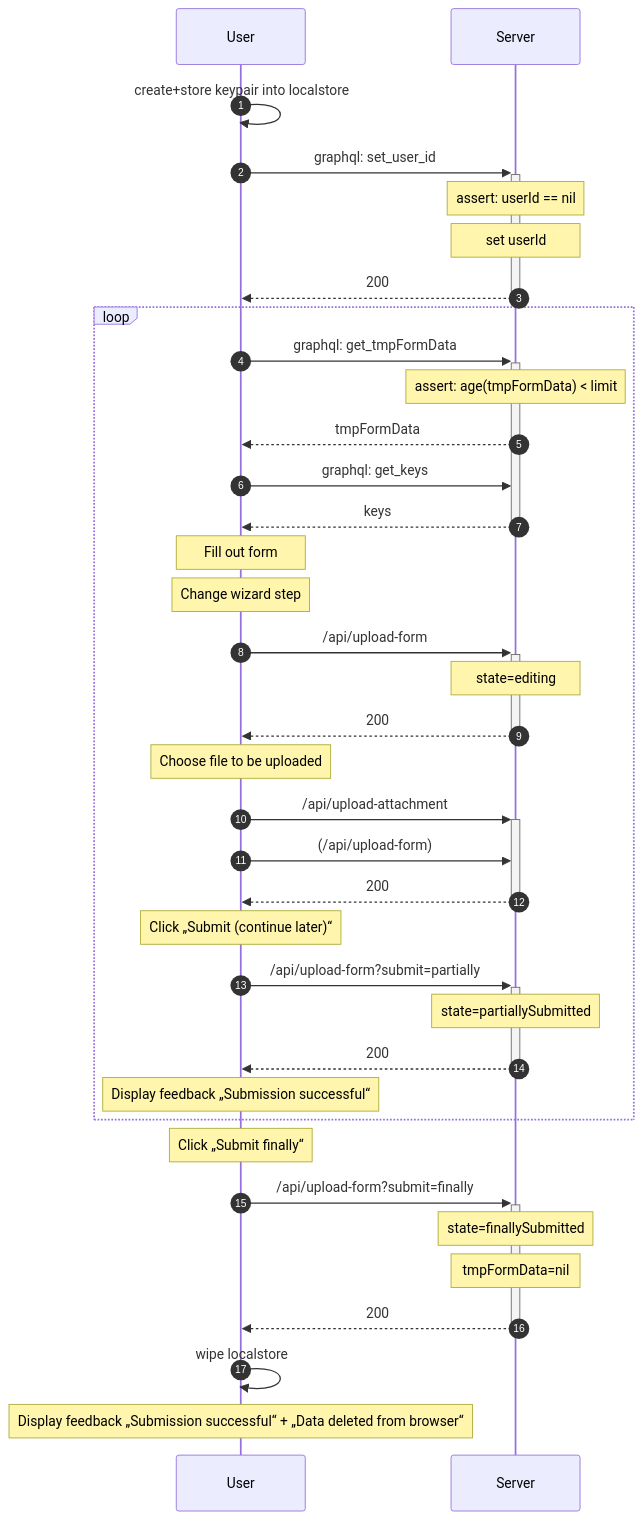
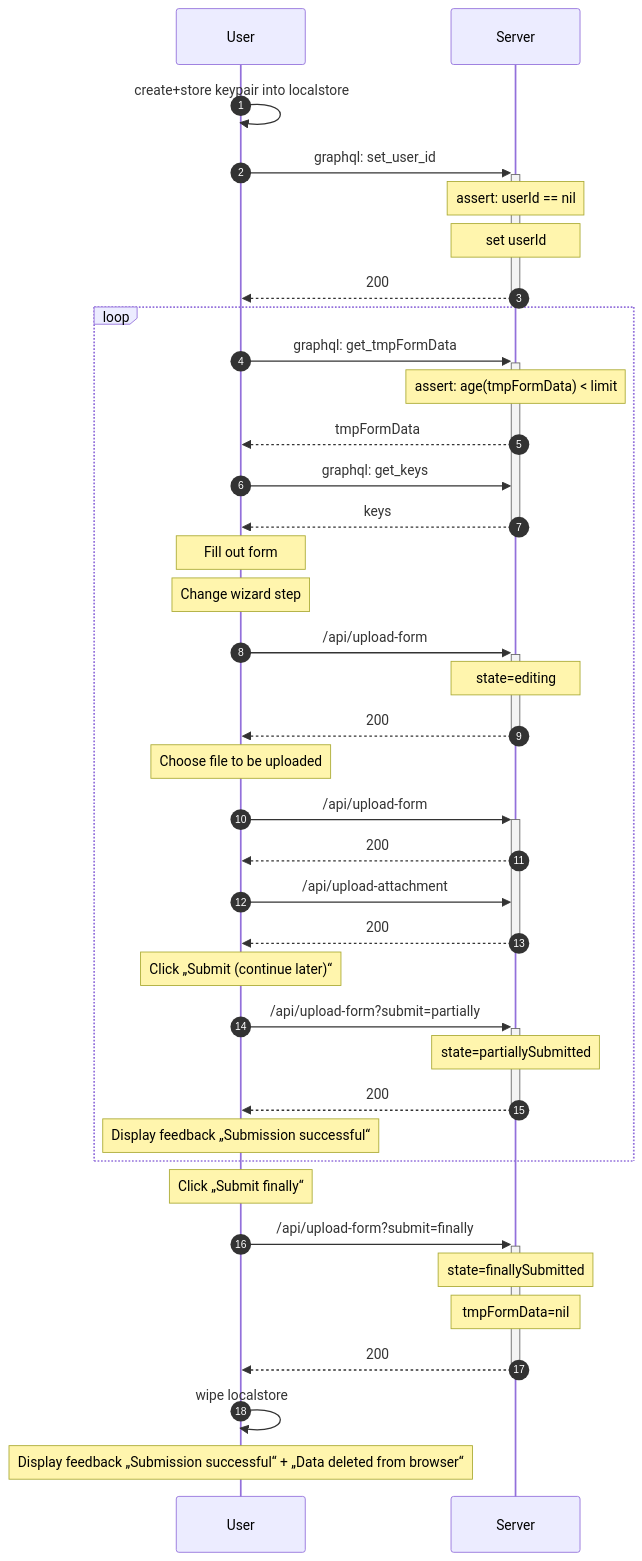
The diagram in doc/src/architecture/user-session/sequence.md (MissionLifeline/afg), drawn with Mermaid before and after one commit. The commit also changed 1 other file, not shown here.

Commit message:
doc: changed spec of /api/upload-form

````diff
--- a/doc/src/architecture/user-session/sequence.md
+++ b/doc/src/architecture/user-session/sequence.md
@@ -4,49 +4,50 @@
 ```mermaid
 sequenceDiagram
     autonumber
     #actor User
     #participant Server
     #actor Editor
 
     User->>User: create+store keypair into localstore
 
     User->>+Server: graphql: set_user_id
     Note over Server: assert: userId == nil
     Note over Server: set userId
     Server-->>-User: 200
 
     loop
         User->>+Server: graphql: get_tmpFormData
 	Note over Server: assert: age(tmpFormData) < limit
         Server-->>User: tmpFormData
 
         User->>Server: graphql: get_keys
         Server-->>-User: keys
 
         Note over User: Fill out form
 
         Note over User: Change wizard step
         User->>+Server: /api/upload-form
 	Note over Server: state=editing
         Server-->>-User: 200
 
         Note over User: Choose file to be uploaded
-        User->>+Server: /api/upload-attachment
-        User->>Server: (/api/upload-form)
+        User->>+Server: /api/upload-form
+        Server-->>User: 200
+        User->>Server: /api/upload-attachment
         Server-->>-User: 200
 
         Note over User: Click „Submit (continue later)“
         User->>+Server: /api/upload-form?submit=partially
 	Note over Server: state=partiallySubmitted
         Server-->>-User: 200
         Note over User: Display feedback „Submission successful“
     end
 
     Note over User: Click „Submit finally“
     User->>+Server: /api/upload-form?submit=finally
     Note over Server: state=finallySubmitted
     Note over Server: tmpFormData=nil
     Server-->>-User: 200
     User->>User: wipe localstore
     Note over User: Display feedback „Submission successful“ + „Data deleted from browser“
 ```
````
